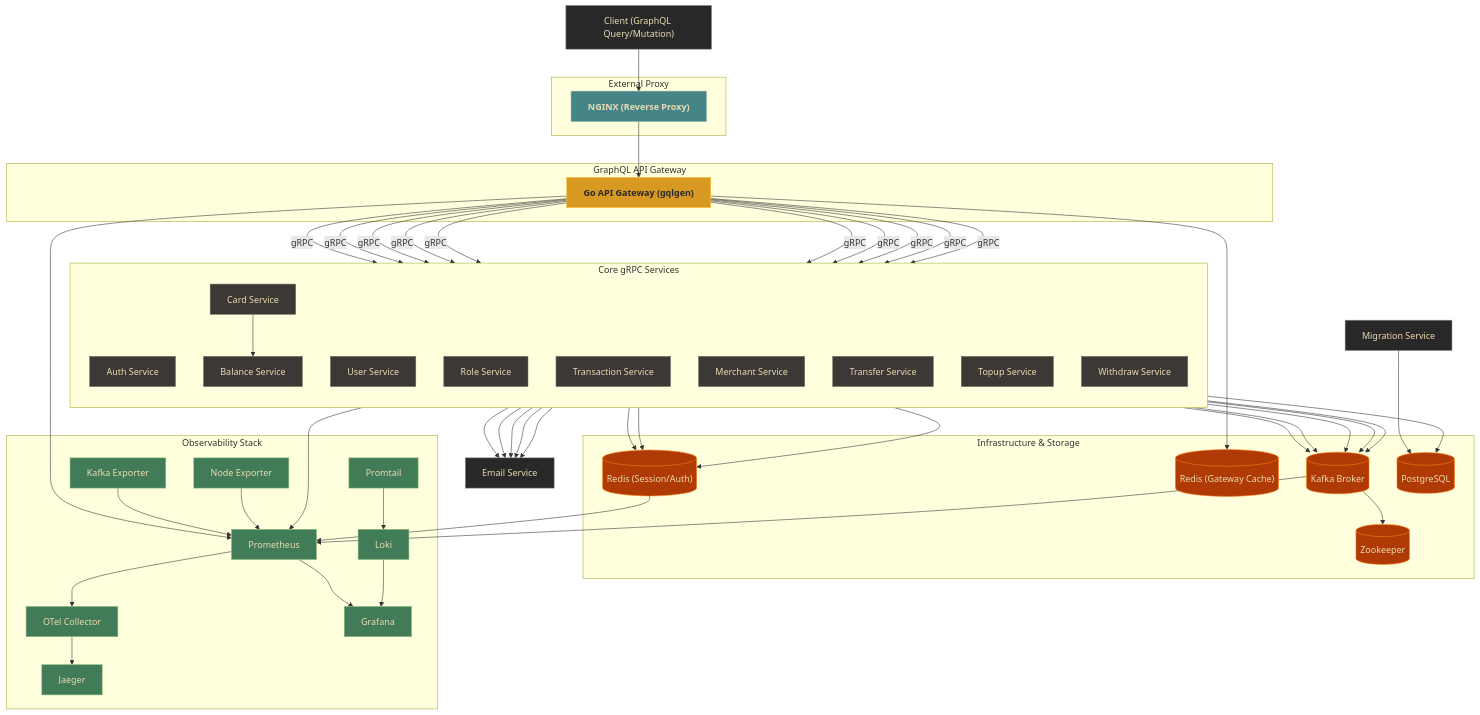
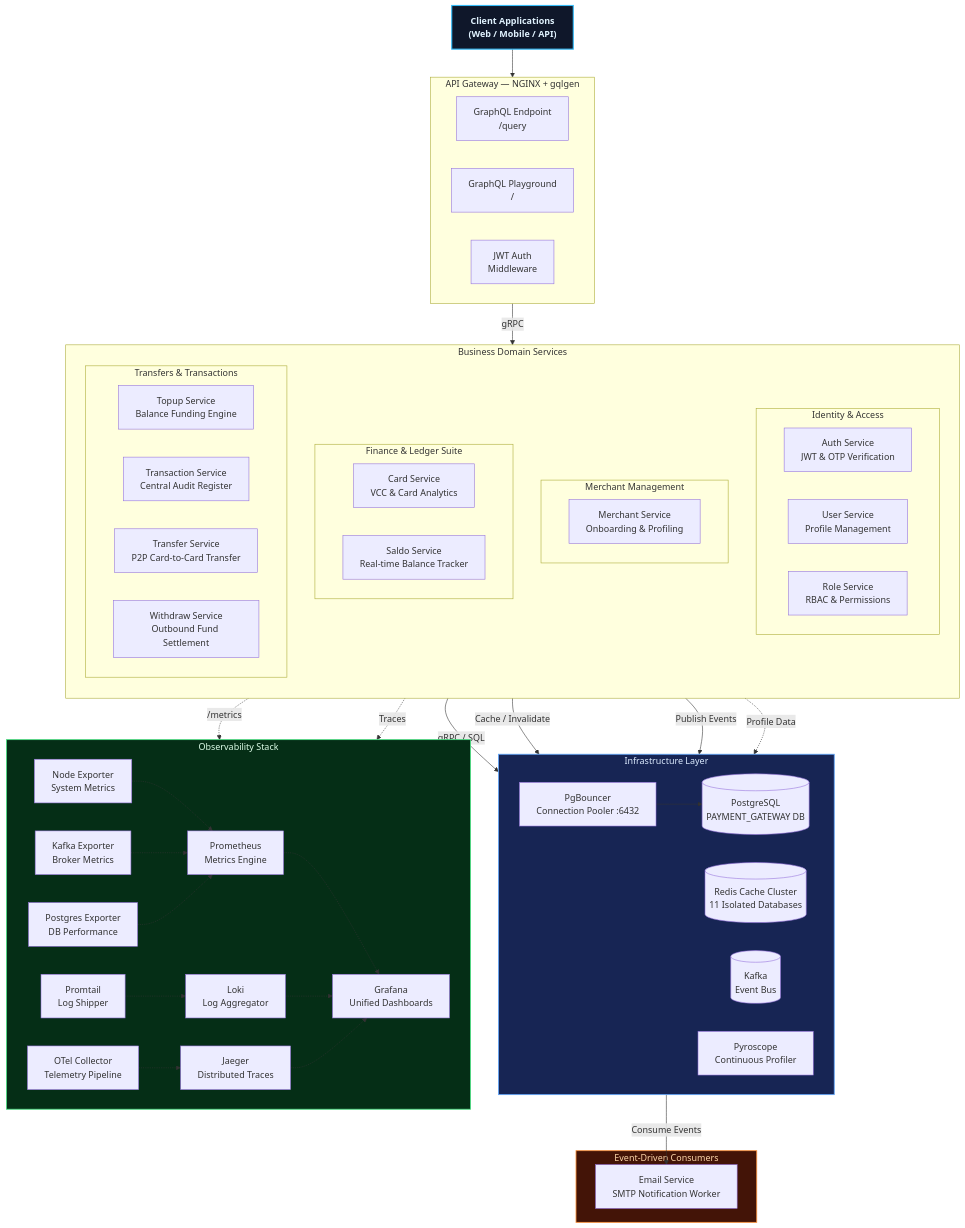
The first of 8 diagrams in README.md (MamangRust/monolith-graphql-paymentgateway-grpc), drawn with Mermaid before and after one commit. The commit also changed other lines of this file, not shown here.

Commit message:
docs: rewrite README to provide a concise architectural overview and project summary

````diff
--- a/README.md
+++ b/README.md
@@ -50,91 +42,98 @@
 ```mermaid
-flowchart TD
-    subgraph Proxy["External Proxy"]
-        NGINX["NGINX (Reverse Proxy)"]
+graph TB
+    classDef client fill:#0f172a,stroke:#38bdf8,color:#e0f2fe,stroke-width:2px,font-weight:bold
+    classDef gateway fill:#1e293b,stroke:#22d3ee,color:#cffafe,stroke-width:2px,font-weight:bold
+    classDef domain fill:#1e1b4b,stroke:#818cf8,color:#e0e7ff,stroke-width:1.5px
+    classDef infra fill:#172554,stroke:#60a5fa,color:#dbeafe,stroke-width:1.5px
+    classDef obs fill:#052e16,stroke:#4ade80,color:#dcfce7,stroke-width:1.5px
+    classDef event fill:#431407,stroke:#fb923c,color:#fed7aa,stroke-width:1.5px
+
+    Client["Client Applications<br/>(Web / Mobile / API)"]:::client
+
+    subgraph APIGateway["API Gateway — NGINX + gqlgen"]
+        direction LR
+        GraphQL["GraphQL Endpoint<br/>/query"]
+        Playground["GraphQL Playground<br/>/"]
+        AuthMW["JWT Auth<br/>Middleware"]
     end
+    class APIGateway gateway
 
-    subgraph Gateway["GraphQL API Gateway"]
-        APIG["Go API Gateway (gqlgen)"]
+    Client --> APIGateway
+
+    subgraph BusinessServices["Business Domain Services"]
+        direction TB
+
+        subgraph IdentityDomain["Identity & Access"]
+            AUTH["Auth Service<br/>JWT & OTP Verification"]
+            USER["User Service<br/>Profile Management"]
+            ROLE["Role Service<br/>RBAC & Permissions"]
+        end
+
+        subgraph MerchantDomain["Merchant Management"]
+            MERCH["Merchant Service<br/>Onboarding & Profiling"]
+        end
+
+        subgraph FinanceDomain["Finance & Ledger Suite"]
+            CARD["Card Service<br/>VCC & Card Analytics"]
+            SALDO["Saldo Service<br/>Real-time Balance Tracker"]
+        end
+
+        subgraph TransactionDomain["Transfers & Transactions"]
+            TOPUP["Topup Service<br/>Balance Funding Engine"]
+            TXN["Transaction Service<br/>Central Audit Register"]
+            TRANSFER["Transfer Service<br/>P2P Card-to-Card Transfer"]
+            WITHDRAW["Withdraw Service<br/>Outbound Fund Settlement"]
+        end
     end
+    class BusinessServices domain
 
-    subgraph CoreServices["Core gRPC Services"]
-        direction TB
-        AS["Auth Service"]
-        US["User Service"]
-        RS["Role Service"]
-        CS["Card Service"]
-        BS["Balance Service"]
-        TS["Transaction Service"]
-        MS["Merchant Service"]
-        TRS["Transfer Service"]
-        TUS["Topup Service"]
-        WS["Withdraw Service"]
+    APIGateway -->|"gRPC"| BusinessServices
+
+    subgraph Infrastructure["Infrastructure Layer"]
+        direction LR
+        PGBOUNCER["PgBouncer<br/>Connection Pooler :6432"]
+        PG[("PostgreSQL<br/>PAYMENT_GATEWAY DB")]
+        REDIS[("Redis Cache Cluster<br/>11 Isolated Databases")]
+        KAFKA[("Kafka<br/>Event Bus")]
+        PYRO["Pyroscope<br/>Continuous Profiler"]
     end
+    class Infrastructure infra
 
-    subgraph Storage["Infrastructure & Storage"]
-        Kafka[("Kafka Broker")]
-        ZK[("Zookeeper")]
-        RedisAPIG[("Redis (Gateway Cache)")]
-        RedisCore[("Redis (Session/Auth)")]
-        DB[("PostgreSQL")]
+    BusinessServices -->|"gRPC / SQL"| PGBOUNCER
+    PGBOUNCER --> PG
+    BusinessServices -->|"Cache / Invalidate"| REDIS
+    BusinessServices -->|"Publish Events"| KAFKA
+    BusinessServices -.->|"Profile Data"| PYRO
+
+    subgraph EventConsumers["Event-Driven Consumers"]
+        EMAIL["Email Service<br/>SMTP Notification Worker"]
     end
+    class EventConsumers event
+
+    KAFKA -->|"Consume Events"| EMAIL
 
     subgraph Observability["Observability Stack"]
-        Promtail["Promtail"]
-        KafkaExporter["Kafka Exporter"]
-        NodeExporter["Node Exporter"]
-        Prometheus["Prometheus"]
-        Loki["Loki"]
-        OtelCollector["OTel Collector"]
-        Grafana["Grafana"]
-        Jaeger["Jaeger"]
+        direction LR
+        PROM["Prometheus<br/>Metrics Engine"]
+        LOKI["Loki<br/>Log Aggregator"]
+        JAEGER["Jaeger<br/>Distributed Traces"]
+        GRAFANA["Grafana<br/>Unified Dashboards"]
+        OTEL["OTel Collector<br/>Telemetry Pipeline"]
+        PROMTAIL["Promtail<br/>Log Shipper"]
+        NODEX["Node Exporter<br/>System Metrics"]
+        KAFKAX["Kafka Exporter<br/>Broker Metrics"]
+        PGX["Postgres Exporter<br/>DB Performance"]
     end
+    class Observability obs
 
-    EmailS["Email Service"]
-    Migration["Migration Service"]
-
-    %% Traffic Flow
-    Client["Client (GraphQL Query/Mutation)"] --> NGINX
-    NGINX --> APIG
-    APIG -->|gRPC| AS & US & RS & CS & BS & TS & MS & TRS & TUS & WS
-    
-    APIG --> RedisAPIG
-
-    TS --> Kafka
-    TS --> EmailS
-    CS --> BS
-    CS --> Kafka
-    US --> RedisCore
-    RS --> RedisCore
-    MS --> EmailS & Kafka
-    BS --> Kafka
-    TRS --> EmailS
-    TUS --> EmailS
-    WS --> EmailS & Kafka
-
-    CoreServices --> DB
-    Migration --> DB
-    Kafka --> ZK
-    CoreServices --> RedisCore
-
-    %% Observability Connections
-    CoreServices & APIG & RedisCore & Kafka --> Prometheus
-    Promtail --> Loki
-    KafkaExporter & NodeExporter --> Prometheus
-    Prometheus & Loki --> Grafana
-    Prometheus --> OtelCollector --> Jaeger
-
-    %% Styling
-    classDef default fill:#282828,stroke:#928374,color:#ebdbb2;
-    classDef proxy fill:#458588,stroke:#83a598,color:#ebdbb2,font-weight:bold;
-    classDef gateway fill:#d79921,stroke:#fabd2f,color:#282828,font-weight:bold;
-    classDef secondary fill:#3c3836,stroke:#7c6f64,color:#ebdbb2;
-    classDef infra fill:#af3a03,stroke:#fe8019,color:#ebdbb2;
-    classDef obs fill:#427b58,stroke:#8ec07c,color:#ebdbb2;
-
-    class NGINX proxy;
-    class APIG gateway;
-    class TS,CS,US,RS,MS,BS,AS,TRS,TUS,WS secondary;
-    class Kafka,ZK,RedisAPIG,RedisCore,DB infra;
-    class Prometheus,Loki,Grafana,Jaeger,OtelCollector,Promtail,KafkaExporter,NodeExporter obs;
+    BusinessServices -.->|"/metrics"| PROM
+    BusinessServices -.->|"Traces"| OTEL
+    OTEL -.-> JAEGER
+    PROMTAIL -.-> LOKI
+    NODEX -.-> PROM
+    KAFKAX -.-> PROM
+    PGX -.-> PROM
+    PROM -.-> GRAFANA
+    LOKI -.-> GRAFANA
+    JAEGER -.-> GRAFANA
 ```
````
